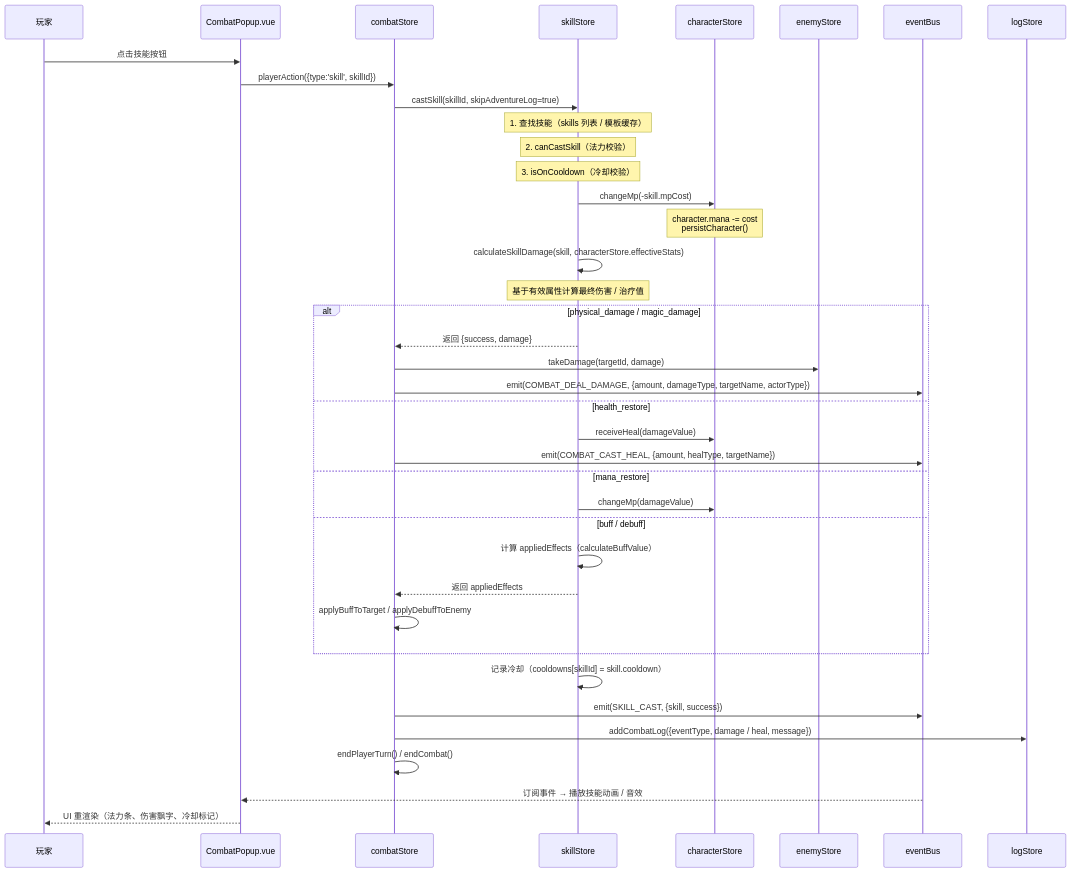
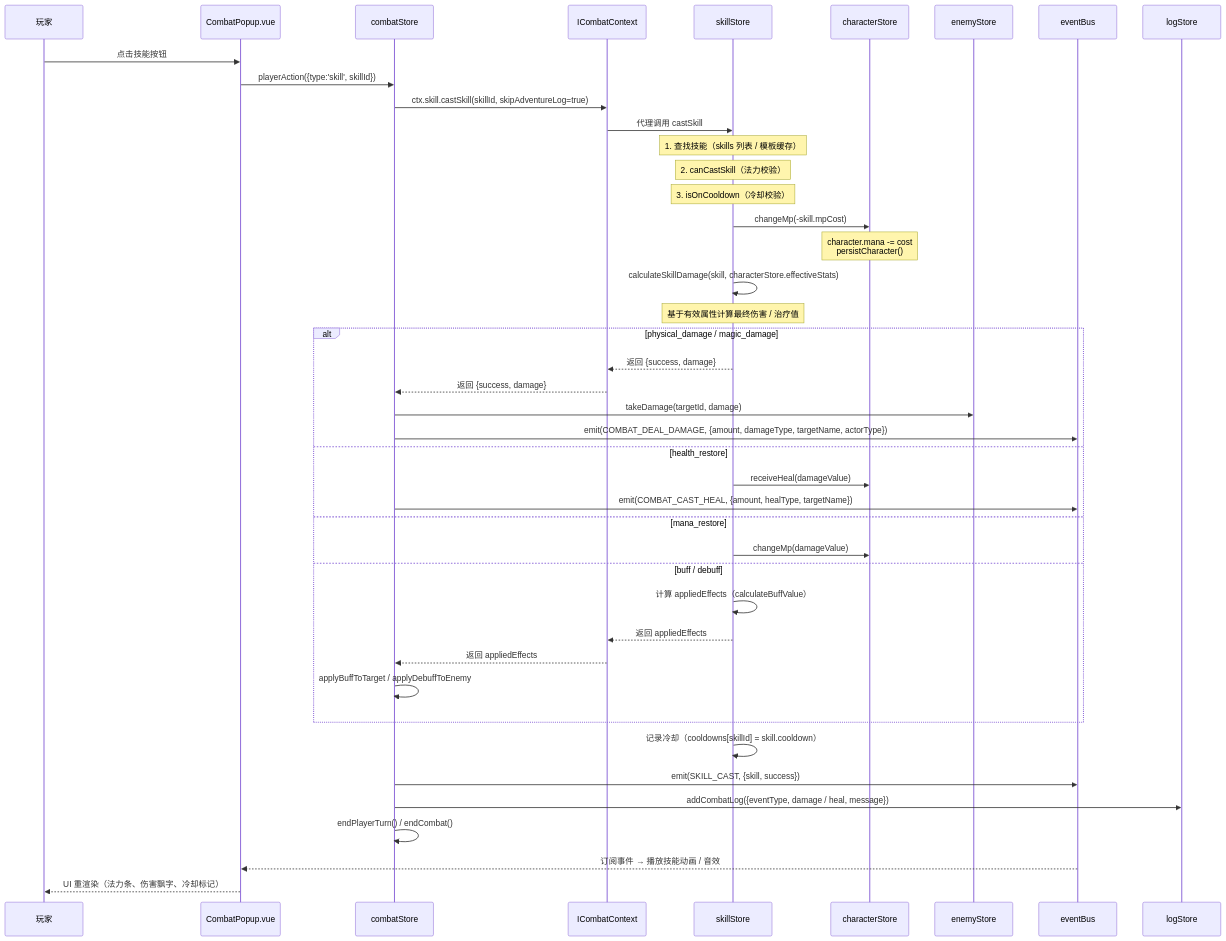
One commit to SonDemigods/wow_dnd changed the sixth of 17 diagrams in doc/project/DATA_FLOW.md. Above: the diagram before and after it, drawn with Mermaid. The commit also changed other lines of this file and 4 other files, not shown here.

````diff
--- a/doc/project/DATA_FLOW.md
+++ b/doc/project/DATA_FLOW.md
@@ -299,48 +316,52 @@
 ```mermaid
 sequenceDiagram
     %% 技能施放流程：从校验到效果应用
     participant U as 玩家
     participant C as CombatPopup.vue
     participant CS as combatStore
+    participant Ctx as ICombatContext
     participant SS as skillStore
     participant CharS as characterStore
     participant ES as enemyStore
     participant Bus as eventBus
     participant LS as logStore
 
     U->>C: 点击技能按钮
     C->>CS: playerAction({type:'skill', skillId})
-    CS->>SS: castSkill(skillId, skipAdventureLog=true)
+    CS->>Ctx: ctx.skill.castSkill(skillId, skipAdventureLog=true)
+    Ctx->>SS: 代理调用 castSkill
     Note over SS: 1. 查找技能（skills 列表 / 模板缓存）
     Note over SS: 2. canCastSkill（法力校验）
     Note over SS: 3. isOnCooldown（冷却校验）
 
     SS->>CharS: changeMp(-skill.mpCost)
     Note over CharS: character.mana -= cost<br/>persistCharacter()
 
     SS->>SS: calculateSkillDamage(skill, characterStore.effectiveStats)
     Note over SS: 基于有效属性计算最终伤害 / 治疗值
 
     alt physical_damage / magic_damage
-        SS-->>CS: 返回 {success, damage}
+        SS-->>Ctx: 返回 {success, damage}
+        Ctx-->>CS: 返回 {success, damage}
         CS->>ES: takeDamage(targetId, damage)
         CS->>Bus: emit(COMBAT_DEAL_DAMAGE, {amount, damageType, targetName, actorType})
     else health_restore
         SS->>CharS: receiveHeal(damageValue)
         CS->>Bus: emit(COMBAT_CAST_HEAL, {amount, healType, targetName})
     else mana_restore
         SS->>CharS: changeMp(damageValue)
     else buff / debuff
         SS->>SS: 计算 appliedEffects（calculateBuffValue）
-        SS-->>CS: 返回 appliedEffects
+        SS-->>Ctx: 返回 appliedEffects
+        Ctx-->>CS: 返回 appliedEffects
         CS->>CS: applyBuffToTarget / applyDebuffToEnemy
     end
 
     SS->>SS: 记录冷却（cooldowns[skillId] = skill.cooldown）
     CS->>Bus: emit(SKILL_CAST, {skill, success})
     CS->>LS: addCombatLog({eventType, damage / heal, message})
     CS->>CS: endPlayerTurn() / endCombat()
 
     Bus-->>C: 订阅事件 → 播放技能动画 / 音效
     C-->>U: UI 重渲染（法力条、伤害飘字、冷却标记）
 ```
````
